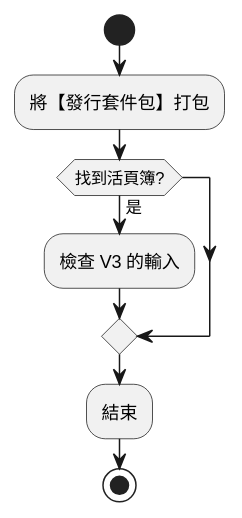
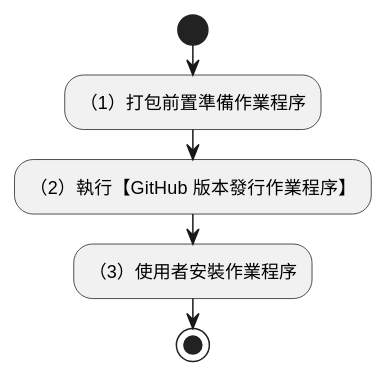
The first of 4 diagrams in tools/_200_版本發行作業指引.md (AlanJui/rime-bp), drawn with PlantUML before and after one commit. The commit also changed other lines of this file and 43 other files, not shown here.

````diff
--- a/tools/_200_版本發行作業指引.md
+++ b/tools/_200_版本發行作業指引.md
@@ -24,11 +11,9 @@
 ```plantuml
 @startuml 發行作業指引
 start
-:將【發行套件包】打包;
-if (找到活頁簿?) then (是)
-    :檢查 V3 的輸入;
-endif
-:結束;
+:（1）打包前置準備作業程序;
+:（2）執行【GitHub 版本發行作業程序】;
+:（3）使用者安裝作業程序;
 stop
 @enduml
 ```
````
